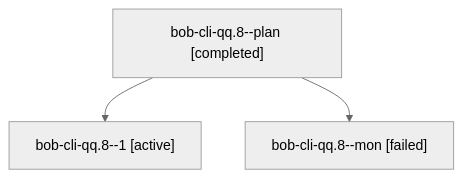
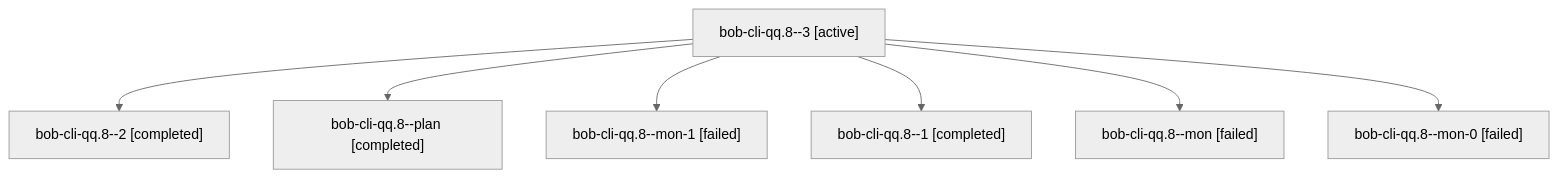
Before and after one commit to bobs-org/bob-cli--agents: the diagram in sessions/bbugyi200.apollo.bob-cli-qq.8.md, drawn with Mermaid (neutral theme). The commit also changed other lines of this file and 66 other files, not shown here.

````diff
--- a/sessions/bbugyi200.apollo.bob-cli-qq.8.md
+++ b/sessions/bbugyi200.apollo.bob-cli-qq.8.md
@@ -9,8 +9,16 @@
 ```mermaid
 flowchart TD
-  n0["bob-cli-qq.8--plan [completed]"]
-  n1["bob-cli-qq.8--1 [active]"]
+  n0["bob-cli-qq.8--3 [active]"]
+  n1["bob-cli-qq.8--2 [completed]"]
   n0 --> n1
-  n2["bob-cli-qq.8--mon [failed]"]
+  n2["bob-cli-qq.8--plan [completed]"]
   n0 --> n2
+  n3["bob-cli-qq.8--mon-1 [failed]"]
+  n0 --> n3
+  n4["bob-cli-qq.8--1 [completed]"]
+  n0 --> n4
+  n5["bob-cli-qq.8--mon [failed]"]
+  n0 --> n5
+  n6["bob-cli-qq.8--mon-0 [failed]"]
+  n0 --> n6
 ```
````
